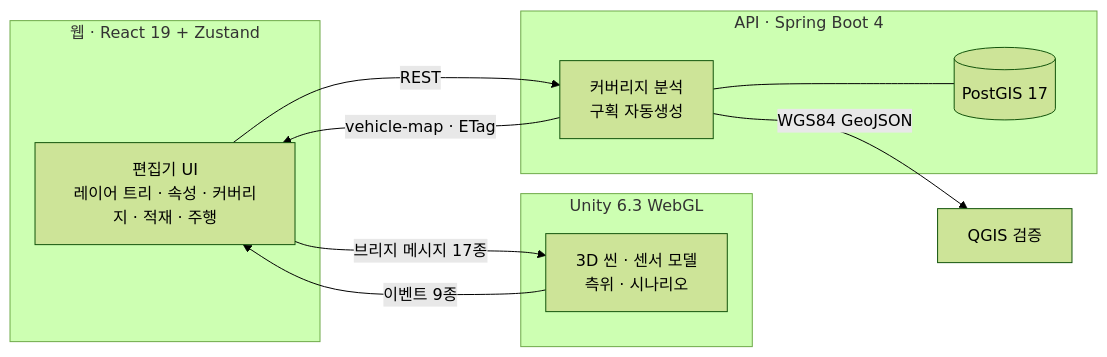
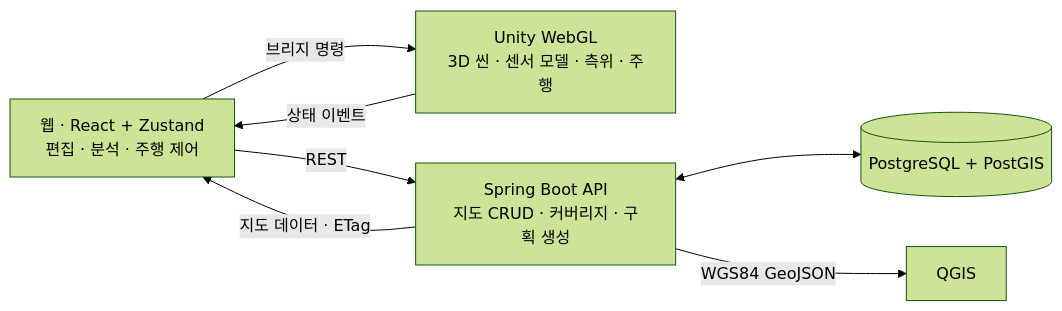
Before and after one commit to Gun-stack/ship-hdmap-demo: the diagram in README.md, drawn with Mermaid (forest theme). The commit also changed other lines of this file, not shown here.

````diff
--- a/README.md
+++ b/README.md
@@ -102,19 +90,15 @@
 ```mermaid
 flowchart LR
-  subgraph W["웹 · React 19 + Zustand"]
-    UI["편집기 UI<br/>레이어 트리 · 속성 · 커버리지 · 적재 · 주행"]
-  end
-  subgraph U["Unity 6.3 WebGL"]
-    S["3D 씬 · 센서 모델<br/>측위 · 시나리오"]
-  end
-  subgraph A["API · Spring Boot 4"]
-    C["커버리지 분석<br/>구획 자동생성"]
-    D[("PostGIS 17")]
-  end
-  UI -- "브리지 메시지 17종" --> S
-  S -- "이벤트 9종" --> UI
-  UI -- "REST" --> C
-  C --- D
-  C -- "vehicle-map · ETag" --> UI
-  C -- "WGS84 GeoJSON" --> Q["QGIS 검증"]
+  W["웹 · React + Zustand<br/>편집 · 분석 · 주행 제어"]
+  U["Unity WebGL<br/>3D 씬 · 센서 모델 · 측위 · 주행"]
+  A["Spring Boot API<br/>지도 CRUD · 커버리지 · 구획 생성"]
+  D[("PostgreSQL + PostGIS")]
+  Q["QGIS"]
+
+  W -- "브리지 명령" --> U
+  U -- "상태 이벤트" --> W
+  W -- "REST" --> A
+  A -- "지도 데이터 · ETag" --> W
+  A <--> D
+  A -- "WGS84 GeoJSON" --> Q
 ```
````
